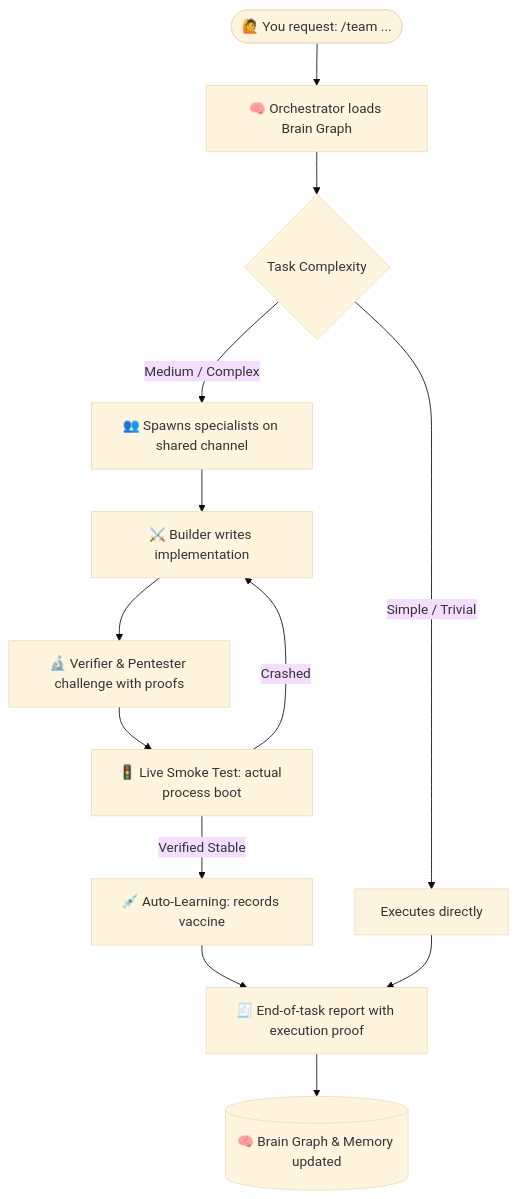
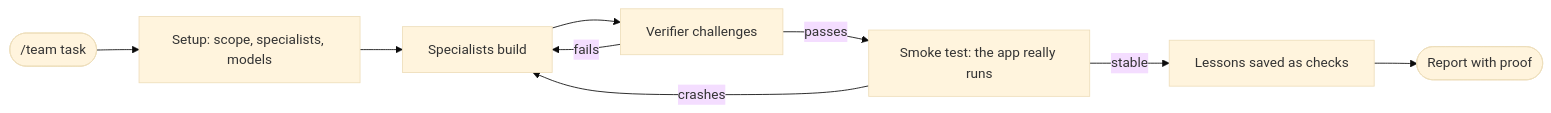
Before and after one commit to antoStr/team-workflow: the diagram in README.md, drawn with Mermaid (base theme). The commit also changed other lines of this file and 14 other files, not shown here.

````diff
--- a/README.md
+++ b/README.md
@@ -107,15 +234,11 @@
 ```mermaid
-flowchart TD
-    A([🙋 You request: /team ...]) --> B[🧠 Orchestrator loads Brain Graph]
-    B --> C{Task Complexity}
-    C -- Simple / Trivial --> D[Executes directly]
-    C -- Medium / Complex --> E[👥 Spawns specialists on shared channel]
-    E --> F[⚔️ Builder writes implementation]
-    F --> G[🔬 Verifier & Pentester challenge with proofs]
-    G --> H[🚦 Live Smoke Test: actual process boot]
-    H -- Crashed --> F
-    H -- Verified Stable --> I[💉 Auto-Learning: records vaccine]
-    I --> J[🧾 End-of-task report with execution proof]
-    D --> J
-    J --> K[(🧠 Brain Graph & Memory updated)]
+flowchart LR
+    A(["/team task"]) --> B[Setup: scope, specialists, models]
+    B --> C[Specialists build]
+    C --> D[Verifier challenges]
+    D -- fails --> C
+    D -- passes --> E[Smoke test: the app really runs]
+    E -- crashes --> C
+    E -- stable --> F[Lessons saved as checks]
+    F --> G([Report with proof])
 ```
````
